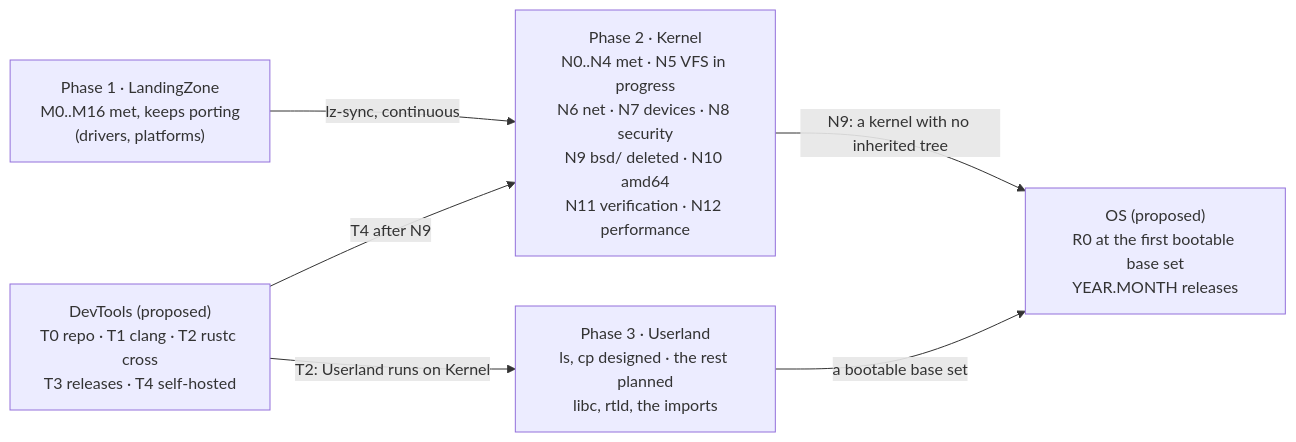
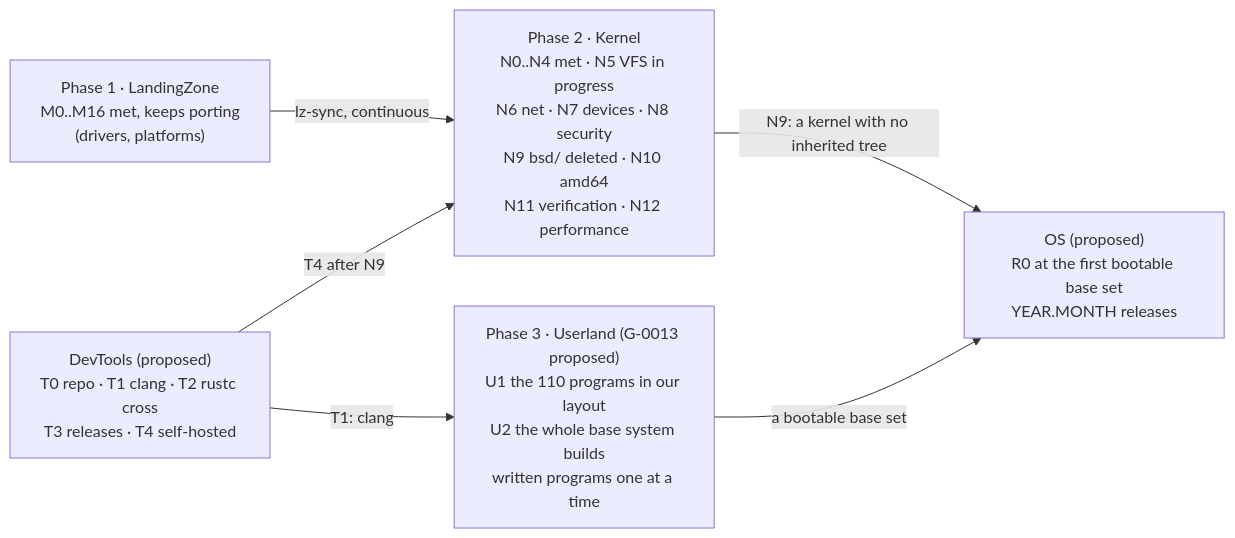
Before and after one commit to EmiBSD/Governance: the diagram in docs/roadmap.md, drawn with Mermaid. The commit also changed other lines of this file and 5 other files, not shown here.

First line of the commit message:
decisions: propose G-0013, Userland inherits OpenBSD's C in our layout

````diff
--- a/docs/roadmap.md
+++ b/docs/roadmap.md
@@ -7,14 +7,14 @@
 ```mermaid
 flowchart LR
     P1["Phase 1 · LandingZone<br/>M0..M16 met, keeps porting<br/>(drivers, platforms)"]
     P2["Phase 2 · Kernel<br/>N0..N4 met · N5 VFS in progress<br/>N6 net · N7 devices · N8 security<br/>N9 bsd/ deleted · N10 amd64<br/>N11 verification · N12 performance"]
-    P3["Phase 3 · Userland<br/>ls, cp designed · the rest planned<br/>libc, rtld, the imports"]
+    P3["Phase 3 · Userland (G-0013 proposed)<br/>U1 the 110 programs in our layout<br/>U2 the whole base system builds<br/>written programs one at a time"]
     PT["DevTools (proposed)<br/>T0 repo · T1 clang · T2 rustc cross<br/>T3 releases · T4 self-hosted"]
     PR["OS (proposed)<br/>R0 at the first bootable base set<br/>YEAR.MONTH releases"]
 
     P1 -- "lz-sync, continuous" --> P2
     P2 -- "N9: a kernel with no inherited tree" --> PR
     P3 -- "a bootable base set" --> PR
-    PT -- "T2: Userland runs on Kernel" --> P3
+    PT -- "T1: clang" --> P3
     PT -- "T4 after N9" --> P2
 ```
````
